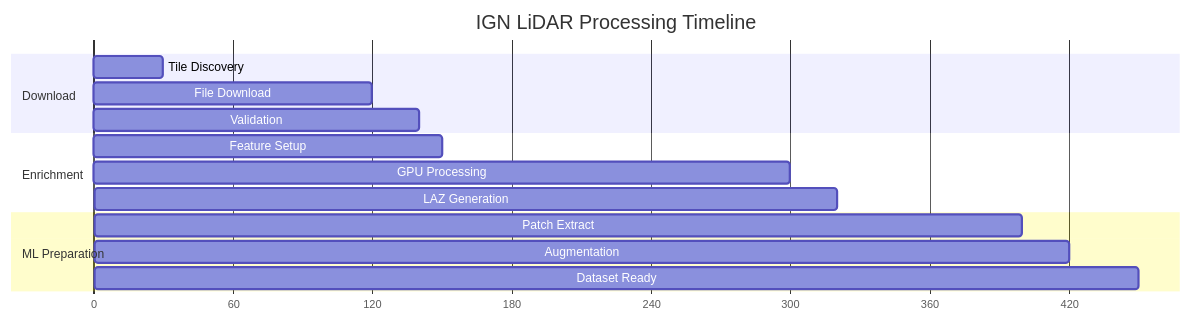
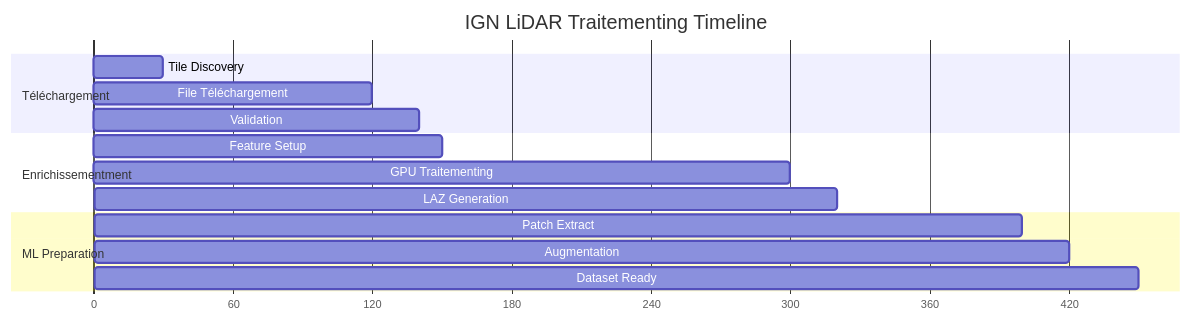
The seventh of 12 diagrams in website/i18n/fr/docusaurus-plugin-content-docs/current/mermaid-reference.md (sducournau/IGN_LIDAR_HD_DATASET), drawn with Mermaid before and after one commit. The commit also changed other lines of this file and 42 other files, not shown here.

````diff
--- a/website/i18n/fr/docusaurus-plugin-content-docs/current/mermaid-reference.md
+++ b/website/i18n/fr/docusaurus-plugin-content-docs/current/mermaid-reference.md
@@ -149,21 +141,21 @@
 ```mermaid
 gantt
-    title IGN LiDAR Processing Timeline
+    title IGN LiDAR Traitementing Timeline
     dateFormat X
     axisFormat %s
 
-    section Download
+    section Téléchargement
     Tile Discovery   :0, 30
-    File Download    :20, 120
+    File Téléchargement    :20, 120
     Validation      :100, 140
 
-    section Enrichment
+    section Enrichissementment
     Feature Setup   :120, 150
-    GPU Processing  :140, 300
+    GPU Traitementing  :140, 300
     LAZ Generation  :280, 320
 
     section ML Preparation
     Patch Extract   :300, 400
     Augmentation    :380, 420
     Dataset Ready   :420, 450
 ```
````
